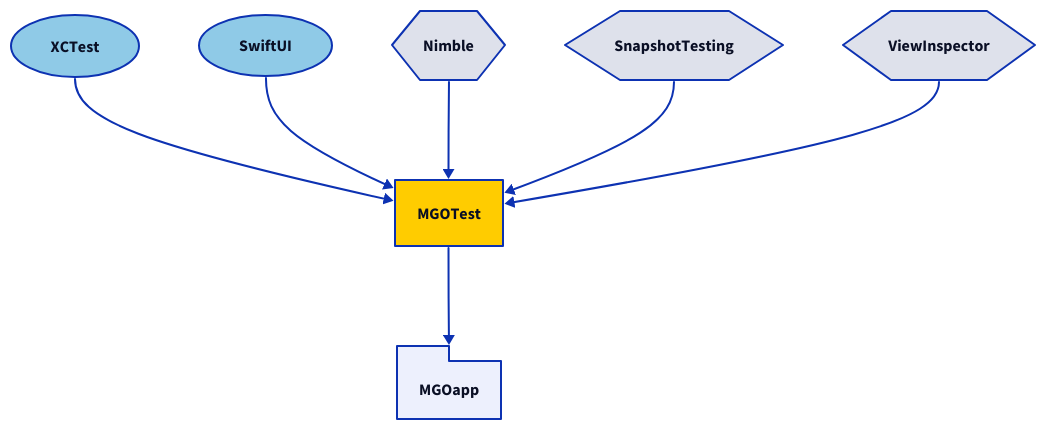
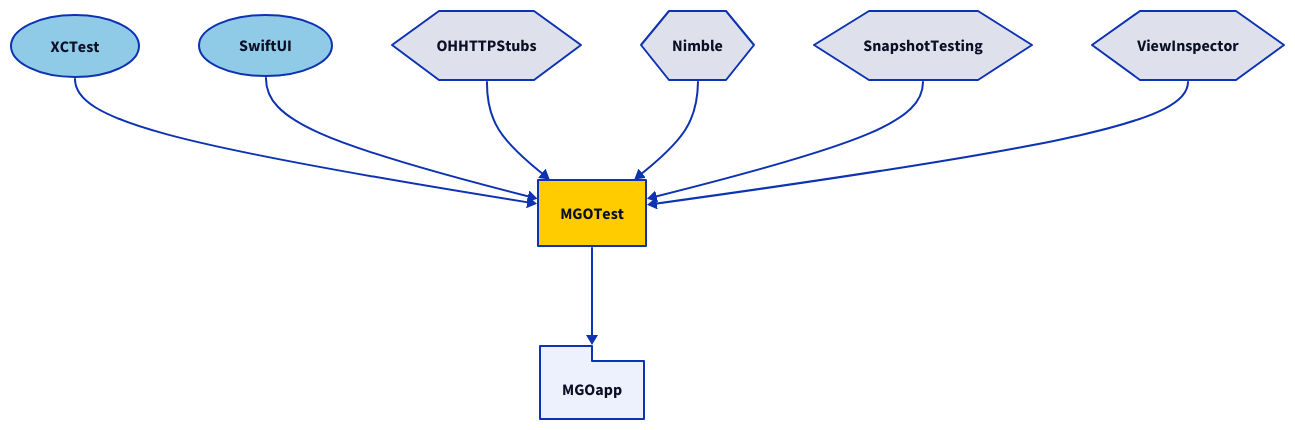
Before and after one commit to minvws/nl-mgo-app-ios: the diagram in Diagrams/packages-testonly.d2, drawn with D2. The commit also changed 8 other files, not shown here.

```diff
--- a/Diagrams/packages-testonly.d2
+++ b/Diagrams/packages-testonly.d2
@@ -1,37 +1,41 @@
 direction: down
 
 # Apple
 XCTest: {
   shape: oval
   style.fill: "#8FCAE7"
 }
 SwiftUI: {
   shape: oval
   style.fill: "#8FCAE7"
 }
 
 # Third Party
+				OHHTTPStubs: {
+  shape: hexagon
+}
 Nimble: {
   shape: hexagon
 }
 SnapshotTesting: {
   shape: hexagon
 }
 ViewInspector: {
   shape: hexagon
 }
 
 # The application
 MGOapp: {
   shape: package
 }
 
 MGOapp <- MGOTest
 
 # - Packages - 
 MGOTest { style.fill: "#ffcc00" }
 MGOTest <- XCTest
 MGOTest <- SwiftUI
+MGOTest <- OHHTTPStubs
 MGOTest <- Nimble
 MGOTest <- SnapshotTesting
 MGOTest <- ViewInspector
```
